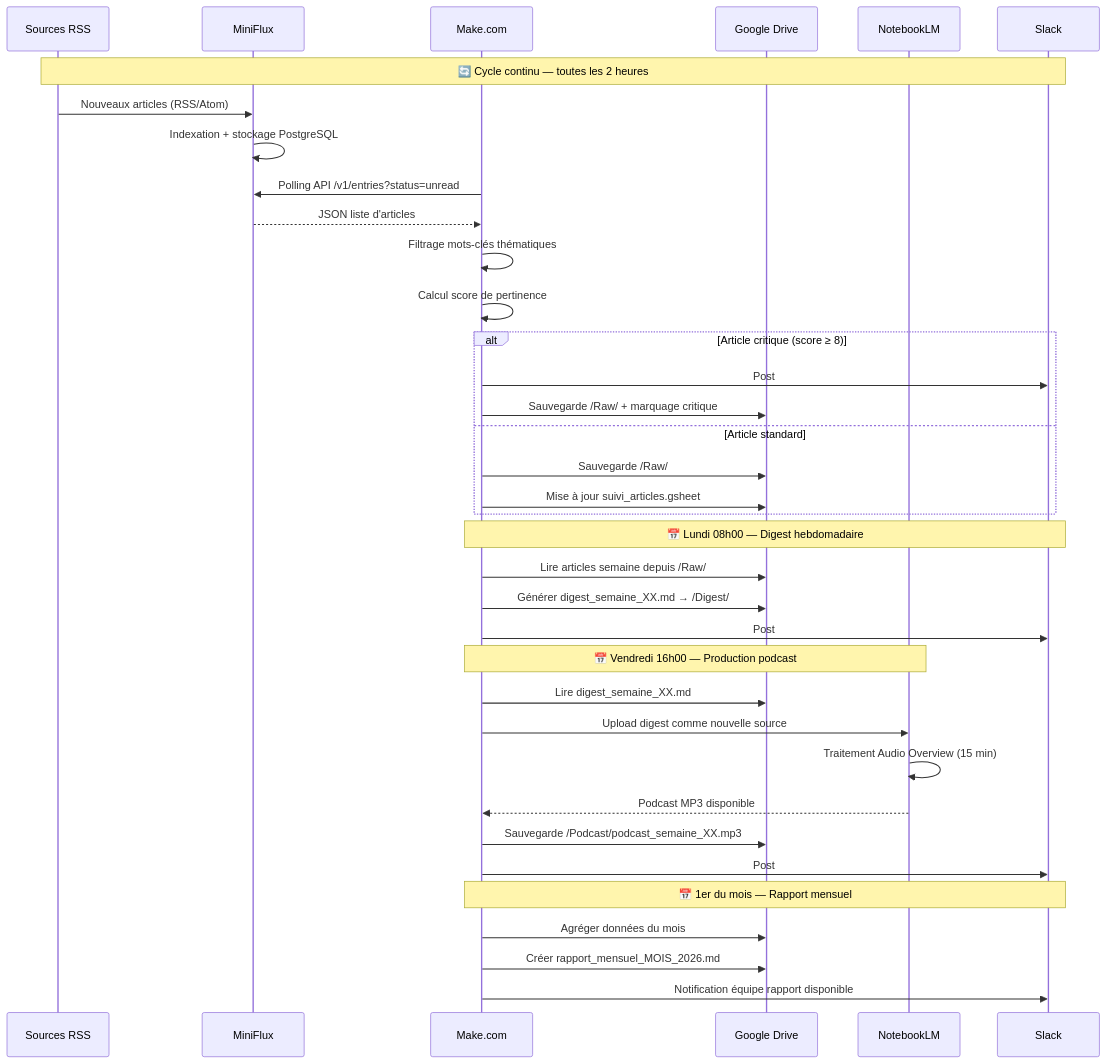
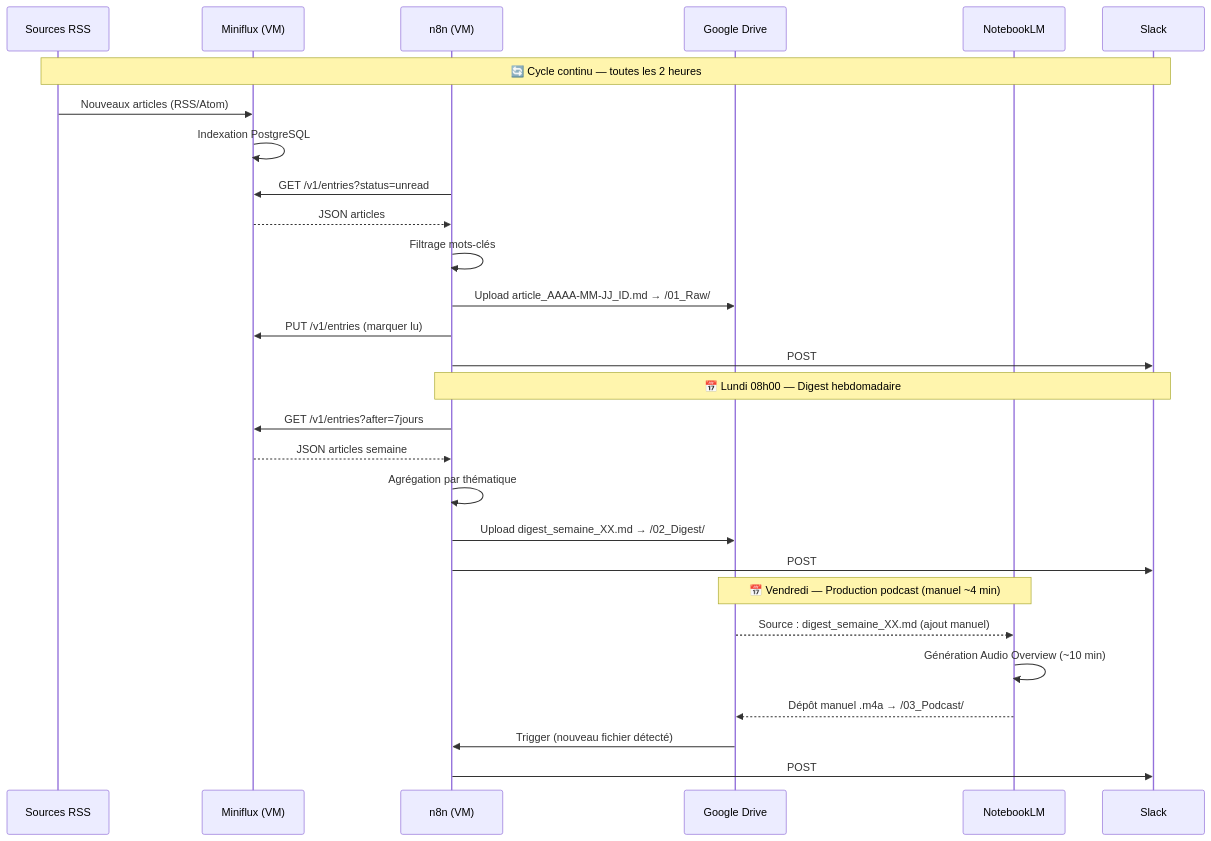
The fifth of 5 diagrams in docs/poc_architecture.md (javiladino/veille_techno_2026), drawn with Mermaid before and after one commit. The commit also changed other lines of this file and 7 other files, not shown here.

````diff
--- a/docs/poc_architecture.md
+++ b/docs/poc_architecture.md
@@ -115,48 +184,36 @@
 ```mermaid
 sequenceDiagram
     participant RSS as Sources RSS
-    participant MF as MiniFlux
-    participant MC as Make.com
+    participant MF as Miniflux (VM)
+    participant N8N as n8n (VM)
     participant GD as Google Drive
     participant NLM as NotebookLM
     participant SL as Slack
 
     Note over RSS,SL: 🔄 Cycle continu — toutes les 2 heures
 
     RSS->>MF: Nouveaux articles (RSS/Atom)
-    MF->>MF: Indexation + stockage PostgreSQL
-    MC->>MF: Polling API /v1/entries?status=unread
-    MF-->>MC: JSON liste d'articles
+    MF->>MF: Indexation PostgreSQL
+    N8N->>MF: GET /v1/entries?status=unread
+    MF-->>N8N: JSON articles
+    N8N->>N8N: Filtrage mots-clés
+    N8N->>GD: Upload article_AAAA-MM-JJ_ID.md → /01_Raw/
+    N8N->>MF: PUT /v1/entries (marquer lu)
+    N8N->>SL: POST #veille-critique
 
-    MC->>MC: Filtrage mots-clés thématiques
-    MC->>MC: Calcul score de pertinence
+    Note over N8N,SL: 📅 Lundi 08h00 — Digest hebdomadaire
 
-    alt Article critique (score ≥ 8)
-        MC->>SL: Post #veille-critique (temps réel)
-        MC->>GD: Sauvegarde /Raw/ + marquage critique
-    else Article standard
-        MC->>GD: Sauvegarde /Raw/
-        MC->>GD: Mise à jour suivi_articles.gsheet
-    end
+    N8N->>MF: GET /v1/entries?after=7jours
+    MF-->>N8N: JSON articles semaine
+    N8N->>N8N: Agrégation par thématique
+    N8N->>GD: Upload digest_semaine_XX.md → /02_Digest/
+    N8N->>SL: POST #veille-hebdo (+ instruction NotebookLM)
 
-    Note over MC,SL: 📅 Lundi 08h00 — Digest hebdomadaire
+    Note over GD,NLM: 📅 Vendredi — Production podcast (manuel ~4 min)
 
-    MC->>GD: Lire articles semaine depuis /Raw/
-    MC->>GD: Générer digest_semaine_XX.md → /Digest/
-    MC->>SL: Post #veille-hebdo avec top 5 articles
-
-    Note over MC,NLM: 📅 Vendredi 16h00 — Production podcast
-
-    MC->>GD: Lire digest_semaine_XX.md
-    MC->>NLM: Upload digest comme nouvelle source
-    NLM->>NLM: Traitement Audio Overview (15 min)
-    NLM-->>MC: Podcast MP3 disponible
-    MC->>GD: Sauvegarde /Podcast/podcast_semaine_XX.mp3
-    MC->>SL: Post #veille-podcast avec lien Drive
-
-    Note over MC,SL: 📅 1er du mois — Rapport mensuel
-
-    MC->>GD: Agréger données du mois
-    MC->>GD: Créer rapport_mensuel_MOIS_2026.md
-    MC->>SL: Notification équipe rapport disponible
+    GD-->>NLM: Source : digest_semaine_XX.md (ajout manuel)
+    NLM->>NLM: Génération Audio Overview (~10 min)
+    NLM-->>GD: Dépôt manuel .m4a → /03_Podcast/
+    GD->>N8N: Trigger (nouveau fichier détecté)
+    N8N->>SL: POST #veille-podcast (lien écoute)
 ```
````
